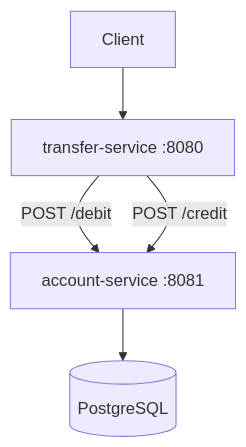
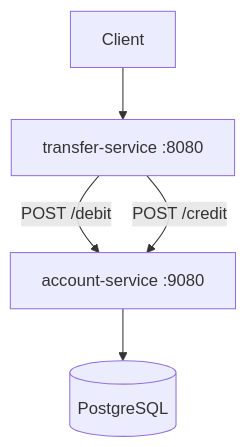
Before and after one commit to alexandreroman/durable-money: the second of 4 diagrams in README.md, drawn with Mermaid. The commit also changed other lines of this file and 3 other files, not shown here.

First line of the commit message:
Align account-service on port 9080 across modules 2/3/4

````diff
--- a/README.md
+++ b/README.md
@@ -128,7 +128,7 @@
 ```mermaid
 graph TD
     Client --> Transfer[transfer-service :8080]
-    Transfer -->|POST /debit| Account[account-service :8081]
+    Transfer -->|POST /debit| Account[account-service :9080]
     Transfer -->|POST /credit| Account
     Account --> DB[(PostgreSQL)]
 ```
````
